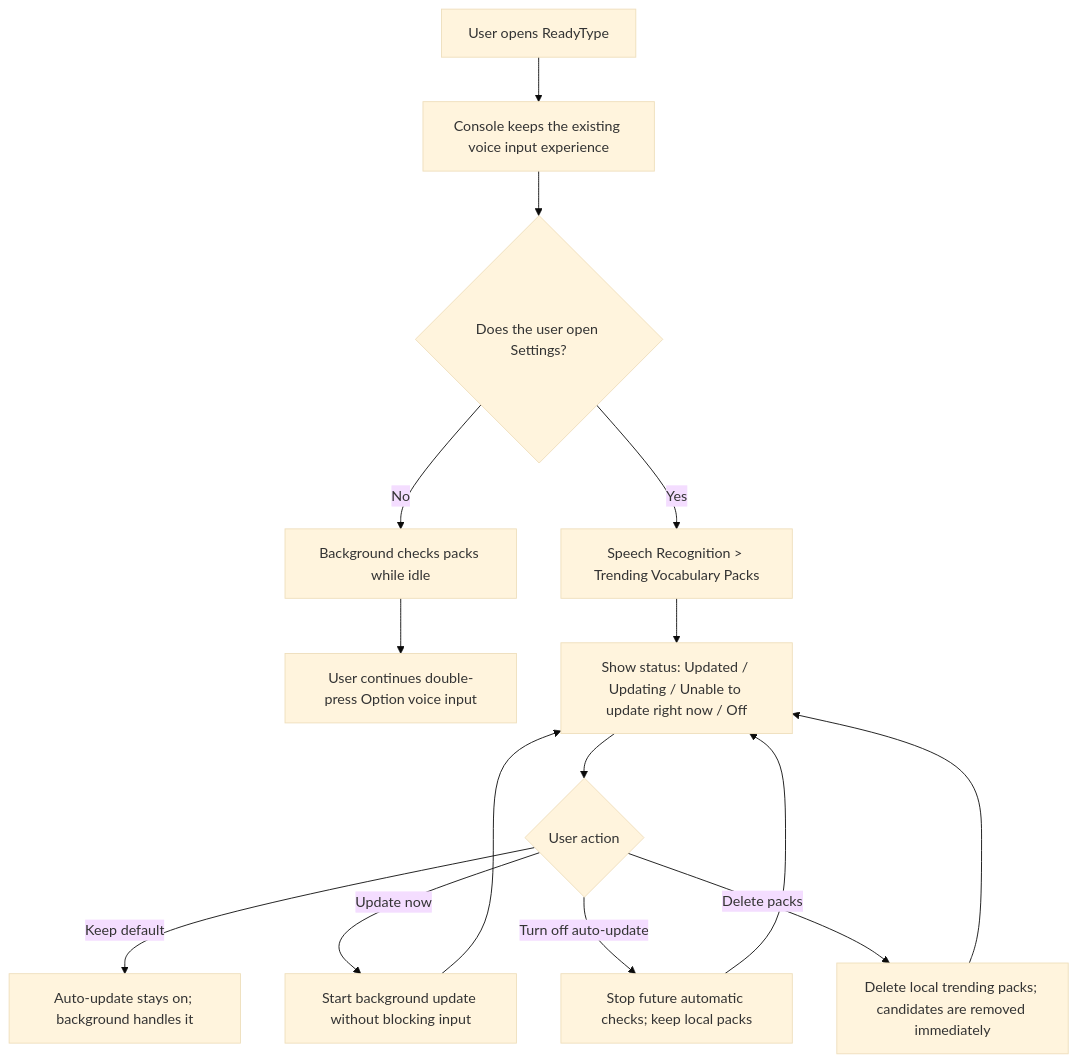
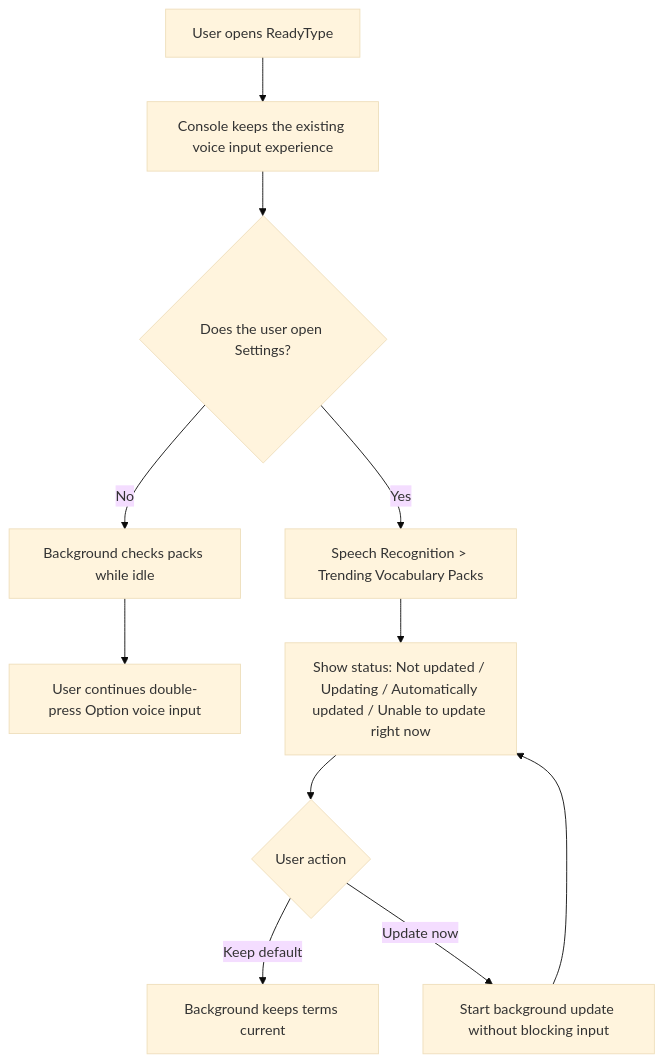
One commit to whnnick/readytype changed the first of 4 diagrams in docs/versions/1.4.0/INTERACTION_FLOW.md. Above: the diagram before and after it, drawn with Mermaid (base theme). The commit also changed other lines of this file and 12 other files, not shown here.

````diff
--- a/docs/versions/1.4.0/INTERACTION_FLOW.md
+++ b/docs/versions/1.4.0/INTERACTION_FLOW.md
@@ -7,17 +7,13 @@
 ```mermaid
 flowchart TD
     A["User opens ReadyType"] --> B["Console keeps the existing voice input experience"]
     B --> C{"Does the user open Settings?"}
     C -- "No" --> D["Background checks packs while idle"]
     D --> E["User continues double-press Option voice input"]
     C -- "Yes" --> F["Speech Recognition > Trending Vocabulary Packs"]
-    F --> G["Show status: Updated / Updating / Unable to update right now / Off"]
+    F --> G["Show status: Not updated / Updating / Automatically updated / Unable to update right now"]
     G --> H{"User action"}
-    H -- "Keep default" --> I["Auto-update stays on; background handles it"]
+    H -- "Keep default" --> I["Background keeps terms current"]
     H -- "Update now" --> J["Start background update without blocking input"]
-    H -- "Turn off auto-update" --> K["Stop future automatic checks; keep local packs"]
-    H -- "Delete packs" --> L["Delete local trending packs; candidates are removed immediately"]
     J --> G
-    K --> G
-    L --> G
 ```
````
